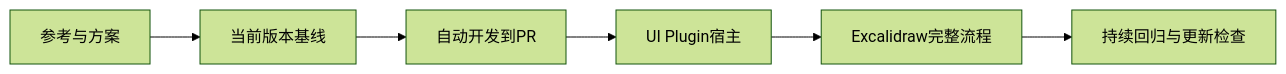
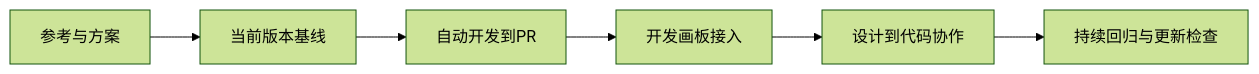
One commit to 6owen/boai-agent changed the diagram in ai-docs/spec/22.开发自动化与持续测试/03-实施步骤与验收.md. Above: the diagram before and after it, drawn with Mermaid (forest theme). The commit also changed other lines of this file and 130 other files, not shown here.

````diff
--- a/ai-docs/spec/22.开发自动化与持续测试/03-实施步骤与验收.md
+++ b/ai-docs/spec/22.开发自动化与持续测试/03-实施步骤与验收.md
@@ -14,8 +14,8 @@
 ```mermaid
 flowchart LR
   S1[参考与方案] --> S2[当前版本基线]
   S2 --> S3[自动开发到PR]
-  S3 --> S4[UI Plugin宿主]
-  S4 --> S5[Excalidraw完整流程]
+  S3 --> S4[开发画板接入]
+  S4 --> S5[设计到代码协作]
   S5 --> S6[持续回归与更新检查]
 ```
````
